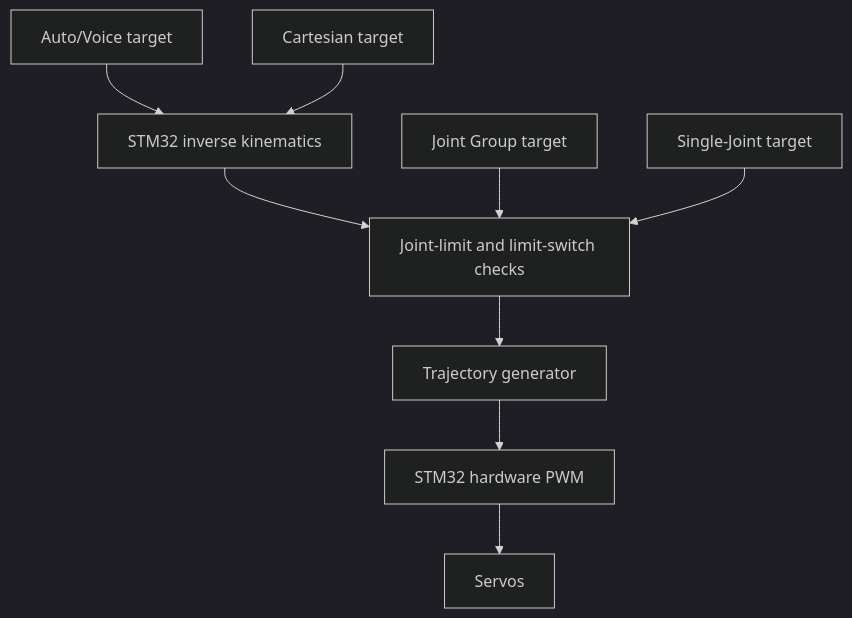
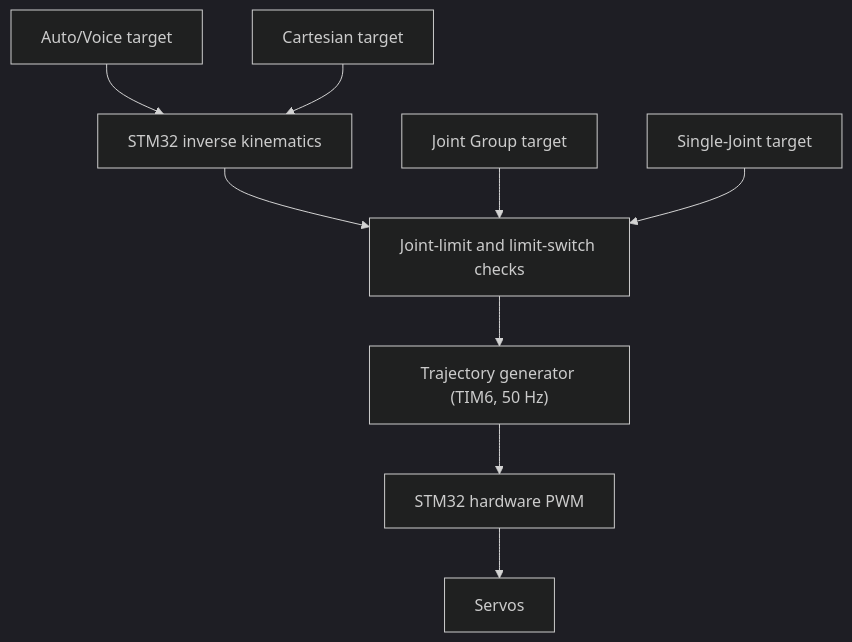
One commit to Potaeeatsthis/2026-micro-con changed the diagram in study/robotic-arm-guide.md. Above: the diagram before and after it, drawn with Mermaid (dark theme). The commit also changed other lines of this file, not shown here.

````diff
--- a/study/robotic-arm-guide.md
+++ b/study/robotic-arm-guide.md
@@ -180,11 +222,11 @@
 ```mermaid
 flowchart TD
     A["Auto/Voice target"] --> IK["STM32 inverse kinematics"]
     C["Cartesian target"] --> IK
     IK --> S["Joint-limit and limit-switch checks"]
     J["Joint Group target"] --> S
     O["Single-Joint target"] --> S
-    S --> T["Trajectory generator"]
+    S --> T["Trajectory generator (TIM6, 50 Hz)"]
     T --> P["STM32 hardware PWM"]
     P --> M["Servos"]
 ```
````
